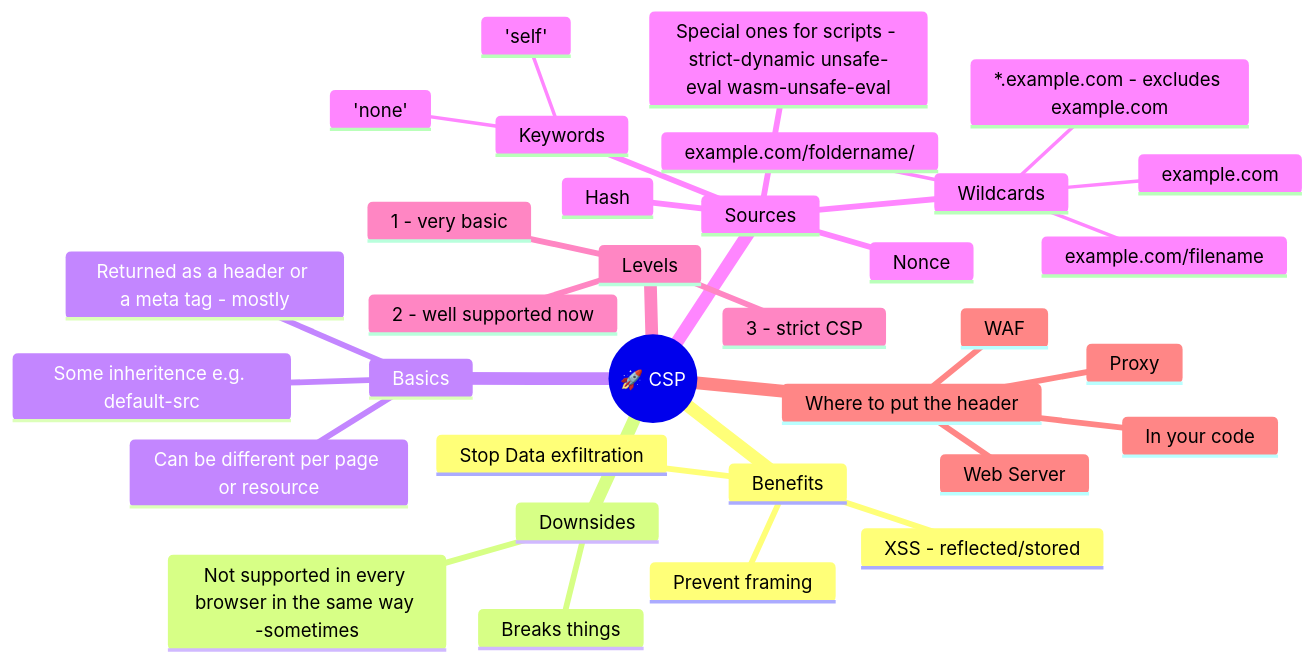
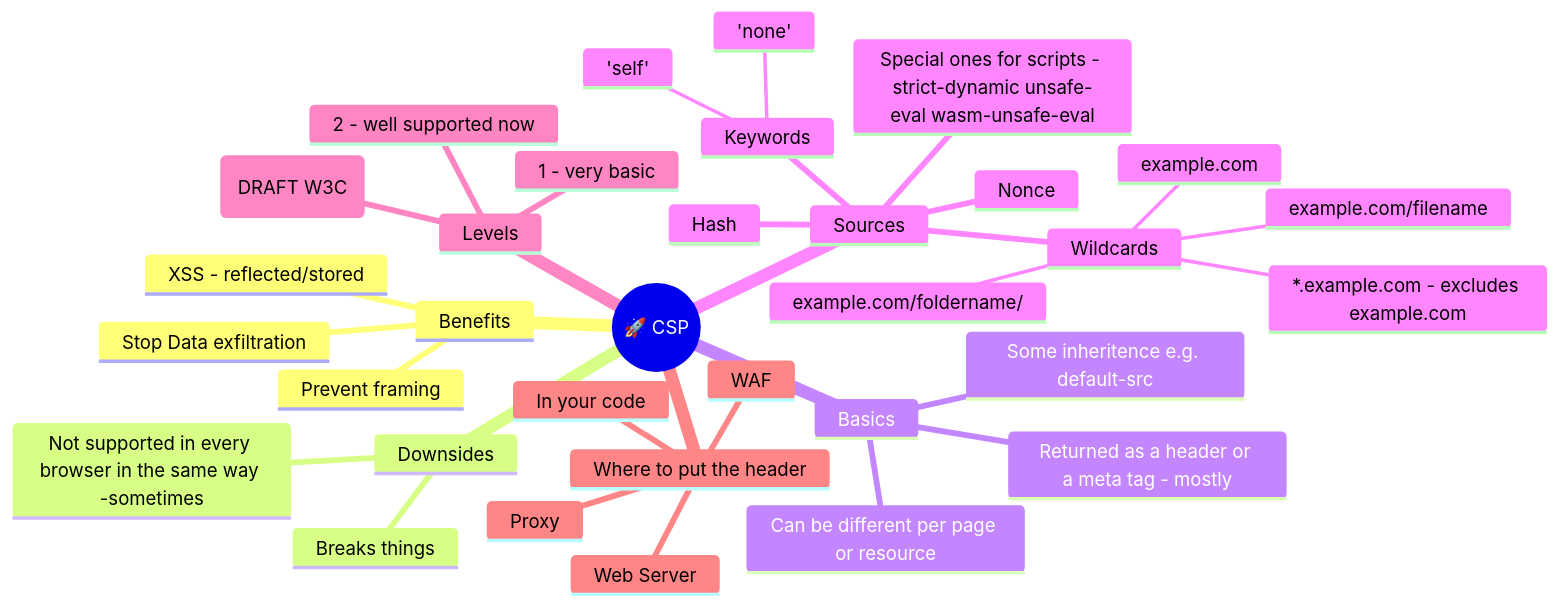
The first of 2 diagrams in csp.md (gitstua/Mindmaps), drawn with Mermaid before and after one commit.

Commit message:
Update CSP level 3 description to include 'DRAFT W3C'

````diff
--- a/csp.md
+++ b/csp.md
@@ -3,36 +3,36 @@
 ```mermaid
 mindmap
   root((🚀 CSP ))
     Benefits
       XSS - reflected/stored
       Stop Data exfiltration
       Prevent framing
     Downsides
       Breaks things
       Not supported in every browser in the same way -sometimes
     Basics
       Returned as a header or a meta tag - mostly
       Can be different per page or resource
       Some inheritence e.g. default-src
     Sources
       Keywords
         'self'
         'none'
       Hash
       Nonce
       Wildcards
         *.example.com - excludes example.com
         example.com
         example.com/filename
         example.com/foldername/
       Special ones for scripts - strict-dynamic unsafe-eval wasm-unsafe-eval
     Levels
       1 - very basic
       2 - well supported now
-      3 - strict CSP
+      3 - strict CSP (DRAFT W3C)
     Where to put the header
       In your code
       Web Server
       WAF
       Proxy
 ```
````
